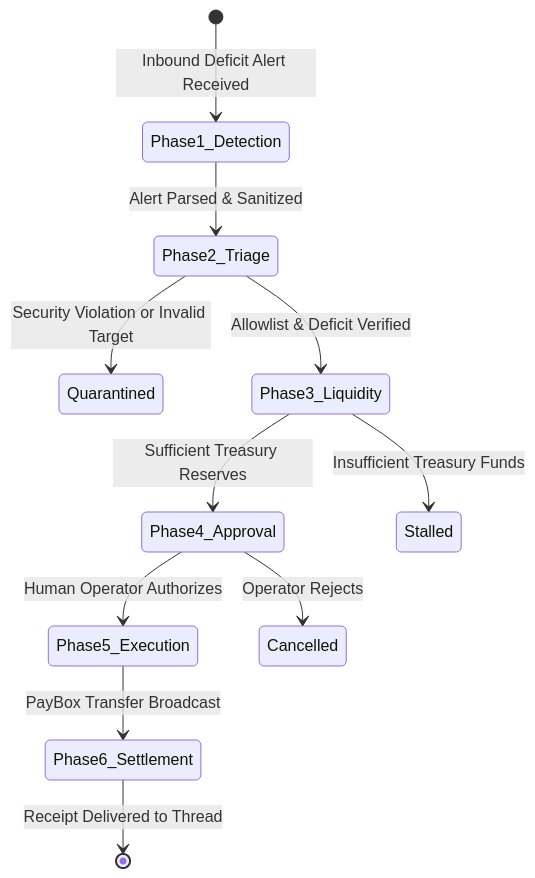
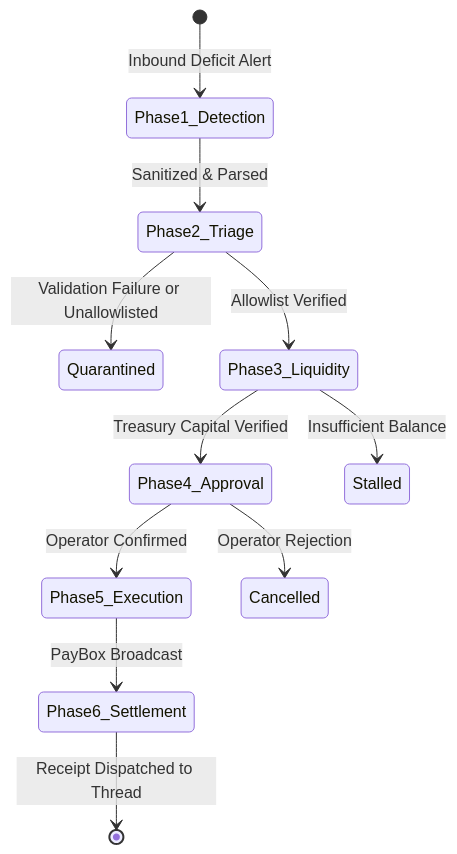
Before and after one commit to AtharvDhiman/mermail-operations-agent: the diagram in docs/ARCHITECTURE.md, drawn with Mermaid. The commit also changed other lines of this file and 13 other files, not shown here.

````diff
--- a/docs/ARCHITECTURE.md
+++ b/docs/ARCHITECTURE.md
@@ -19,13 +17,13 @@
 ```mermaid
 stateDiagram-v2
-    [*] --> Phase1_Detection: Inbound Deficit Alert Received
-    Phase1_Detection --> Phase2_Triage: Alert Parsed & Sanitized
-    Phase2_Triage --> Quarantined: Security Violation or Invalid Target
-    Phase2_Triage --> Phase3_Liquidity: Allowlist & Deficit Verified
-    Phase3_Liquidity --> Phase4_Approval: Sufficient Treasury Reserves
-    Phase3_Liquidity --> Stalled: Insufficient Treasury Funds
-    Phase4_Approval --> Phase5_Execution: Human Operator Authorizes
-    Phase4_Approval --> Cancelled: Operator Rejects
-    Phase5_Execution --> Phase6_Settlement: PayBox Transfer Broadcast
-    Phase6_Settlement --> [*]: Receipt Delivered to Thread
+    [*] --> Phase1_Detection: Inbound Deficit Alert
+    Phase1_Detection --> Phase2_Triage: Sanitized & Parsed
+    Phase2_Triage --> Quarantined: Validation Failure or Unallowlisted
+    Phase2_Triage --> Phase3_Liquidity: Allowlist Verified
+    Phase3_Liquidity --> Phase4_Approval: Treasury Capital Verified
+    Phase3_Liquidity --> Stalled: Insufficient Balance
+    Phase4_Approval --> Phase5_Execution: Operator Confirmed
+    Phase4_Approval --> Cancelled: Operator Rejection
+    Phase5_Execution --> Phase6_Settlement: PayBox Broadcast
+    Phase6_Settlement --> [*]: Receipt Dispatched to Thread
 ```
````
